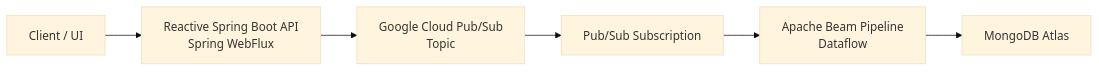
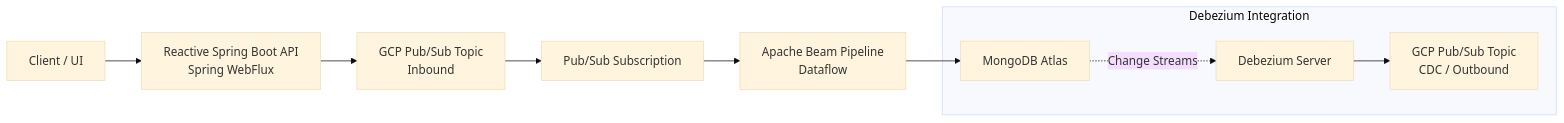
Before and after one commit to gb225-tb/tb-catalog-poc: the first of 2 diagrams in README.md, drawn with Mermaid (base theme). The commit also changed other lines of this file, not shown here.

````diff
--- a/README.md
+++ b/README.md
@@ -15,8 +15,13 @@
 ```mermaid
 flowchart LR
     A[Client / UI] --> B[Reactive Spring Boot API<br/>Spring WebFlux]
-    B --> C[Google Cloud Pub/Sub<br/>Topic]
+    B --> C[GCP Pub/Sub Topic<br/>Inbound]
     C --> D[Pub/Sub Subscription]
     D --> E[Apache Beam Pipeline<br/>Dataflow]
     E --> F[MongoDB Atlas]
+    
+    subgraph CDC_Layer [Debezium Integration]
+    F -.->|Change Streams| G[Debezium Server]
+    G --> H[GCP Pub/Sub Topic<br/>CDC / Outbound]
+    end
 ```
````
